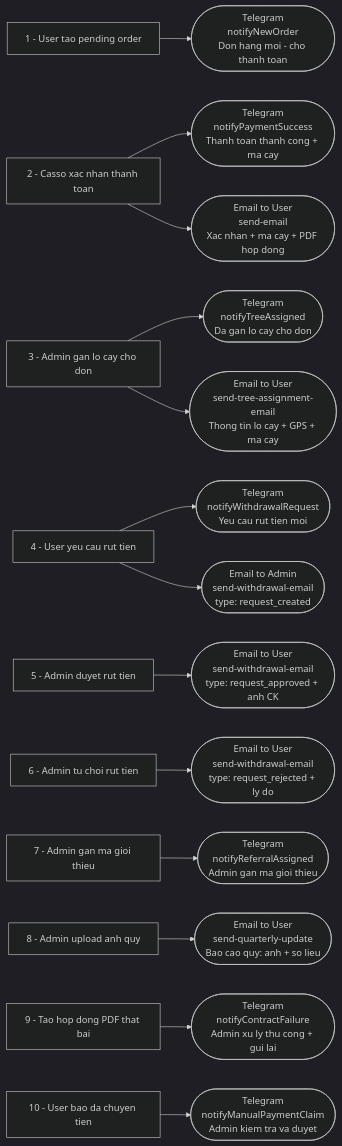
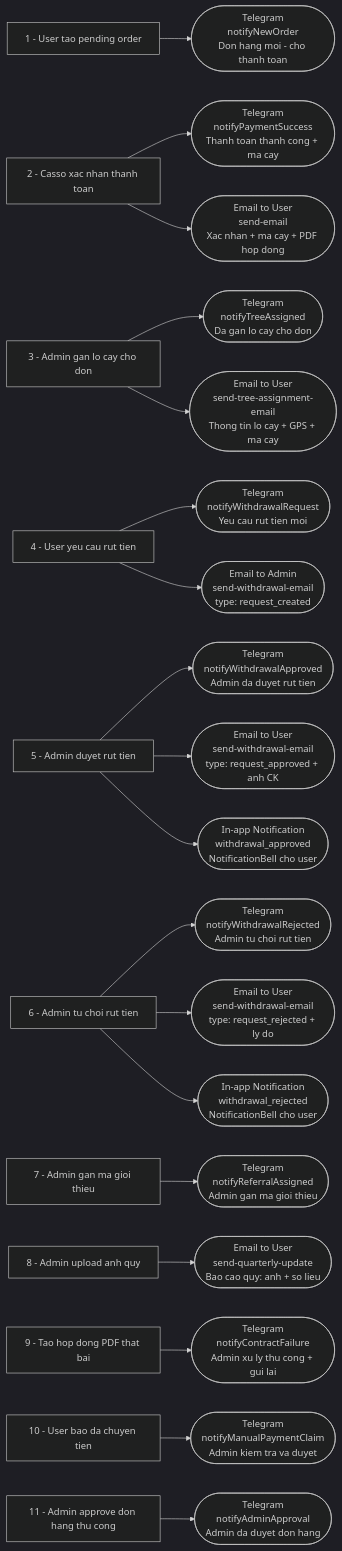
One commit to deptrai/dainganxanh changed the ninth of 9 diagrams in docs/userflow.md. Above: the diagram before and after it, drawn with Mermaid (dark theme). The commit also changed other lines of this file and 4 other files, not shown here.

First line of the commit message:
test: update unit tests and docs for withdrawal flow changes

````diff
--- a/docs/userflow.md
+++ b/docs/userflow.md
@@ -324,34 +324,40 @@
 ```mermaid
 flowchart LR
     EV1[1 - User tao pending order]
     EV2[2 - Casso xac nhan thanh toan]
     EV3[3 - Admin gan lo cay cho don]
     EV4[4 - User yeu cau rut tien]
     EV5[5 - Admin duyet rut tien]
     EV6[6 - Admin tu choi rut tien]
     EV7[7 - Admin gan ma gioi thieu]
     EV8[8 - Admin upload anh quy]
 
     EV1 --> T1([Telegram<br>notifyNewOrder<br>Don hang moi - cho thanh toan])
 
     EV2 --> T2([Telegram<br>notifyPaymentSuccess<br>Thanh toan thanh cong + ma cay])
     EV2 --> E1([Email to User<br>send-email<br>Xac nhan + ma cay + PDF hop dong])
 
     EV3 --> T3([Telegram<br>notifyTreeAssigned<br>Da gan lo cay cho don])
     EV3 --> E2([Email to User<br>send-tree-assignment-email<br>Thong tin lo cay + GPS + ma cay])
 
     EV4 --> T4([Telegram<br>notifyWithdrawalRequest<br>Yeu cau rut tien moi])
     EV4 --> E3([Email to Admin<br>send-withdrawal-email<br>type: request_created])
 
+    EV5 --> T5([Telegram<br>notifyWithdrawalApproved<br>Admin da duyet rut tien])
     EV5 --> E4([Email to User<br>send-withdrawal-email<br>type: request_approved + anh CK])
+    EV5 --> N1([In-app Notification<br>withdrawal_approved<br>NotificationBell cho user])
 
+    EV6 --> T6([Telegram<br>notifyWithdrawalRejected<br>Admin tu choi rut tien])
     EV6 --> E5([Email to User<br>send-withdrawal-email<br>type: request_rejected + ly do])
+    EV6 --> N2([In-app Notification<br>withdrawal_rejected<br>NotificationBell cho user])
 
-    EV7 --> T5([Telegram<br>notifyReferralAssigned<br>Admin gan ma gioi thieu])
+    EV7 --> T7([Telegram<br>notifyReferralAssigned<br>Admin gan ma gioi thieu])
 
     EV8 --> E6([Email to User<br>send-quarterly-update<br>Bao cao quy: anh + so lieu])
 
-    EV9[9 - Tao hop dong PDF that bai] --> T6([Telegram<br>notifyContractFailure<br>Admin xu ly thu cong + gui lai])
+    EV9[9 - Tao hop dong PDF that bai] --> T8([Telegram<br>notifyContractFailure<br>Admin xu ly thu cong + gui lai])
 
-    EV10[10 - User bao da chuyen tien] --> T7([Telegram<br>notifyManualPaymentClaim<br>Admin kiem tra va duyet])
+    EV10[10 - User bao da chuyen tien] --> T9([Telegram<br>notifyManualPaymentClaim<br>Admin kiem tra va duyet])
+
+    EV11[11 - Admin approve don hang thu cong] --> T10([Telegram<br>notifyAdminApproval<br>Admin da duyet don hang])
 ```
````
